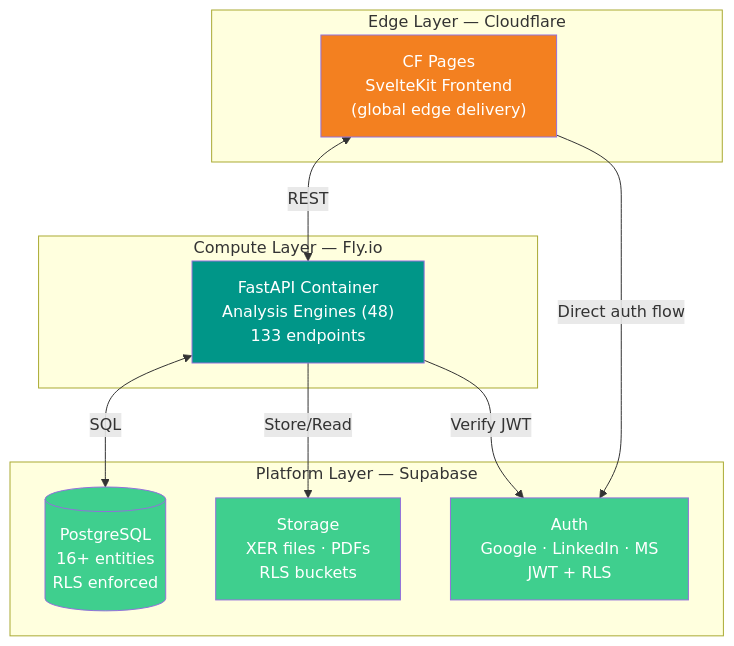
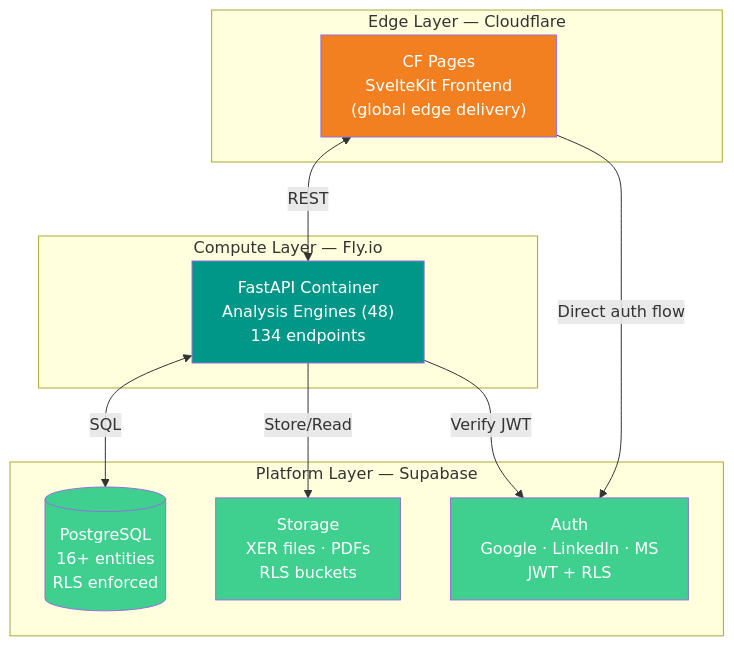
The first of 2 diagrams in README.md (VitorMRodovalho/meridianiq), drawn with Mermaid before and after one commit. The commit also changed other lines of this file and 9 other files, not shown here.

````diff
--- a/README.md
+++ b/README.md
@@ -116,28 +116,28 @@
 ```mermaid
 graph TB
     subgraph "Edge Layer — Cloudflare"
         CF_PAGES["CF Pages<br/>SvelteKit Frontend<br/>(global edge delivery)"]
     end
 
     subgraph "Compute Layer — Fly.io"
-        FASTAPI["FastAPI Container<br/>Analysis Engines (48)<br/>133 endpoints"]
+        FASTAPI["FastAPI Container<br/>Analysis Engines (48)<br/>134 endpoints"]
     end
 
     subgraph "Platform Layer — Supabase"
         AUTH["Auth<br/>Google · LinkedIn · MS<br/>JWT + RLS"]
         DB[("PostgreSQL<br/>16+ entities<br/>RLS enforced")]
         STORAGE["Storage<br/>XER files · PDFs<br/>RLS buckets"]
     end
 
     CF_PAGES <-->|"REST"| FASTAPI
     FASTAPI <-->|"SQL"| DB
     FASTAPI -->|"Store/Read"| STORAGE
     FASTAPI -->|"Verify JWT"| AUTH
     CF_PAGES -->|"Direct auth flow"| AUTH
 
     style CF_PAGES fill:#F38020,color:#fff
     style FASTAPI fill:#009688,color:#fff
     style DB fill:#3FCF8E,color:#fff
     style AUTH fill:#3FCF8E,color:#fff
     style STORAGE fill:#3FCF8E,color:#fff
 ```
````
